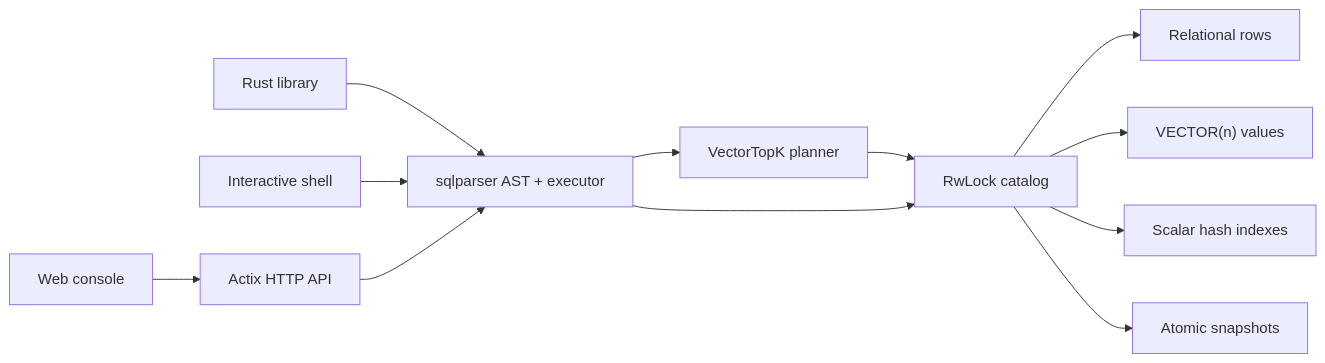
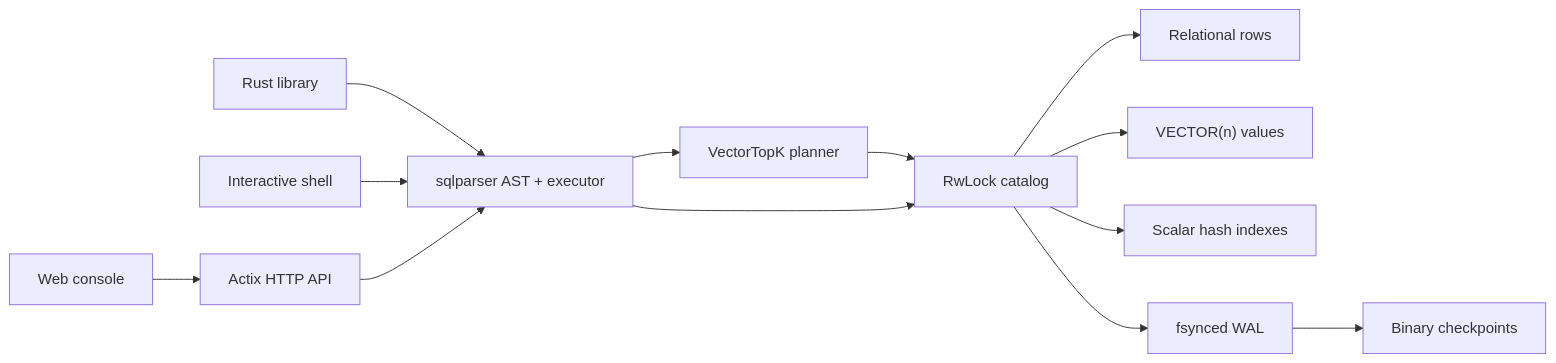
Before and after one commit to kamilsj/vectors: the diagram in README.md, drawn with Mermaid. The commit also changed other lines of this file and 23 other files, not shown here.

````diff
--- a/README.md
+++ b/README.md
@@ -236,14 +246,15 @@
 ```mermaid
 flowchart LR
     A["Rust library"] --> E
     B["Interactive shell"] --> E
     C["Web console"] --> D["Actix HTTP API"]
     D --> E["sqlparser AST + executor"]
     E --> K["VectorTopK planner"]
     K --> F["RwLock catalog"]
     E --> F
     F --> G["Relational rows"]
     F --> H["VECTOR(n) values"]
     F --> I["Scalar hash indexes"]
-    F --> J["Atomic snapshots"]
+    F --> J["fsynced WAL"]
+    J --> L["Binary checkpoints"]
 ```
````
